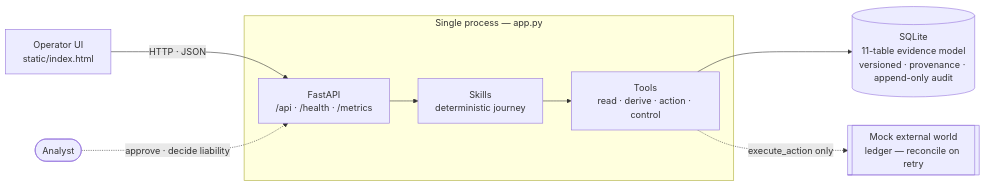
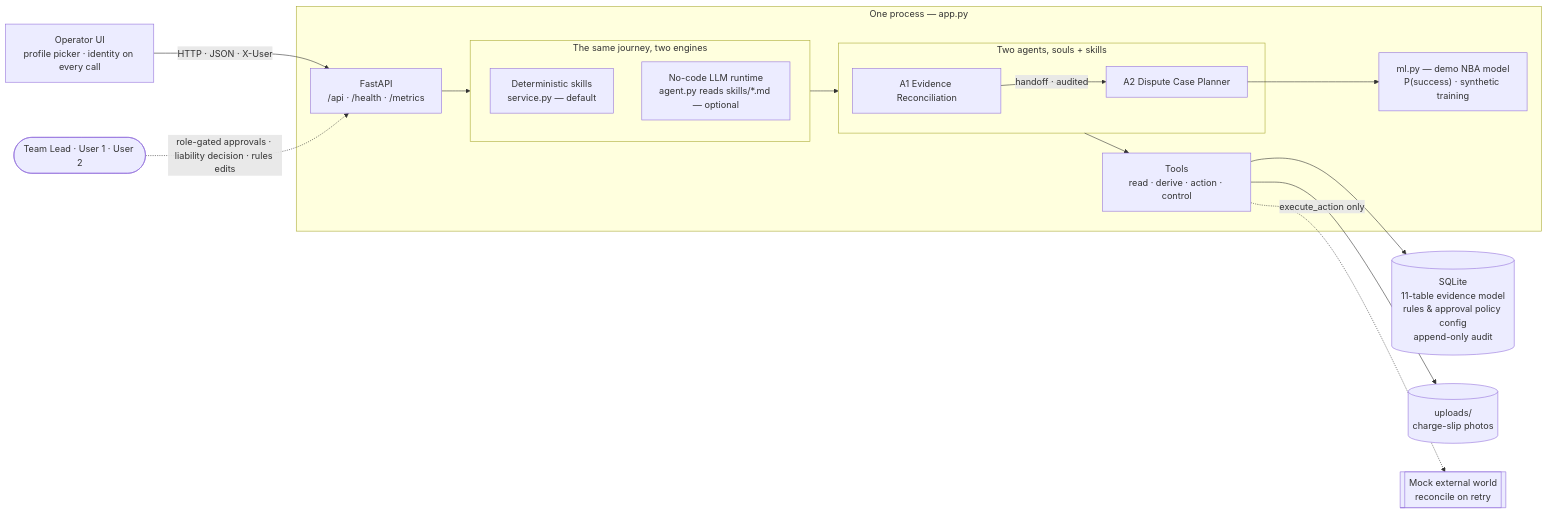
The diagram in README.md (Bratz/card-dispute-agent), drawn with Mermaid before and after one commit. The commit also changed other lines of this file, not shown here.

Commit message:
docs: update architecture diagram — two engines, agents with handoff, roles, ML scorer, photo store

````diff
--- a/README.md
+++ b/README.md
@@ -80,15 +80,26 @@
 ```mermaid
 flowchart LR
-  UI["Operator UI<br/>static/index.html"] -->|HTTP · JSON| API
+  UI["Operator UI<br/>profile picker · identity on every call"] -->|HTTP · JSON · X-User| API
 
-  subgraph proc["Single process — app.py"]
+  subgraph proc["One process — app.py"]
     API["FastAPI<br/>/api · /health · /metrics"]
-    SK["Skills<br/>deterministic journey"]
-    TL["Tools<br/>read · derive · action · control"]
-    API --> SK --> TL
+    subgraph engines["The same journey, two engines"]
+      DET["Deterministic skills<br/>service.py — default"]
+      LLM["No-code LLM runtime<br/>agent.py reads skills/*.md — optional"]
+    end
+    subgraph ag["Two agents, souls + skills"]
+      A1["A1 Evidence Reconciliation"] -- "handoff · audited" --> A2["A2 Dispute Case Planner"]
+    end
+    ML["ml.py — demo NBA model<br/>P(success) · synthetic training"]
+    T["Tools<br/>read · derive · action · control"]
+    API --> engines
+    engines --> ag
+    ag --> T
+    A2 --> ML
   end
 
-  TL --> DB[("SQLite<br/>11-table evidence model<br/>versioned · provenance · append-only audit")]
-  TL -. execute_action only .-> EXT[["Mock external world<br/>ledger — reconcile on retry"]]
-  ANA(["Analyst"]) -. approve · decide liability .-> API
+  T --> DB[("SQLite<br/>11-table evidence model<br/>rules &amp; approval policy config<br/>append-only audit")]
+  T --> UP[("uploads/<br/>charge-slip photos")]
+  T -. execute_action only .-> EXT[["Mock external world<br/>reconcile on retry"]]
+  ROLES(["Team Lead · User 1 · User 2"]) -. "role-gated approvals · liability decision · rules edits" .-> API
 ```
````
